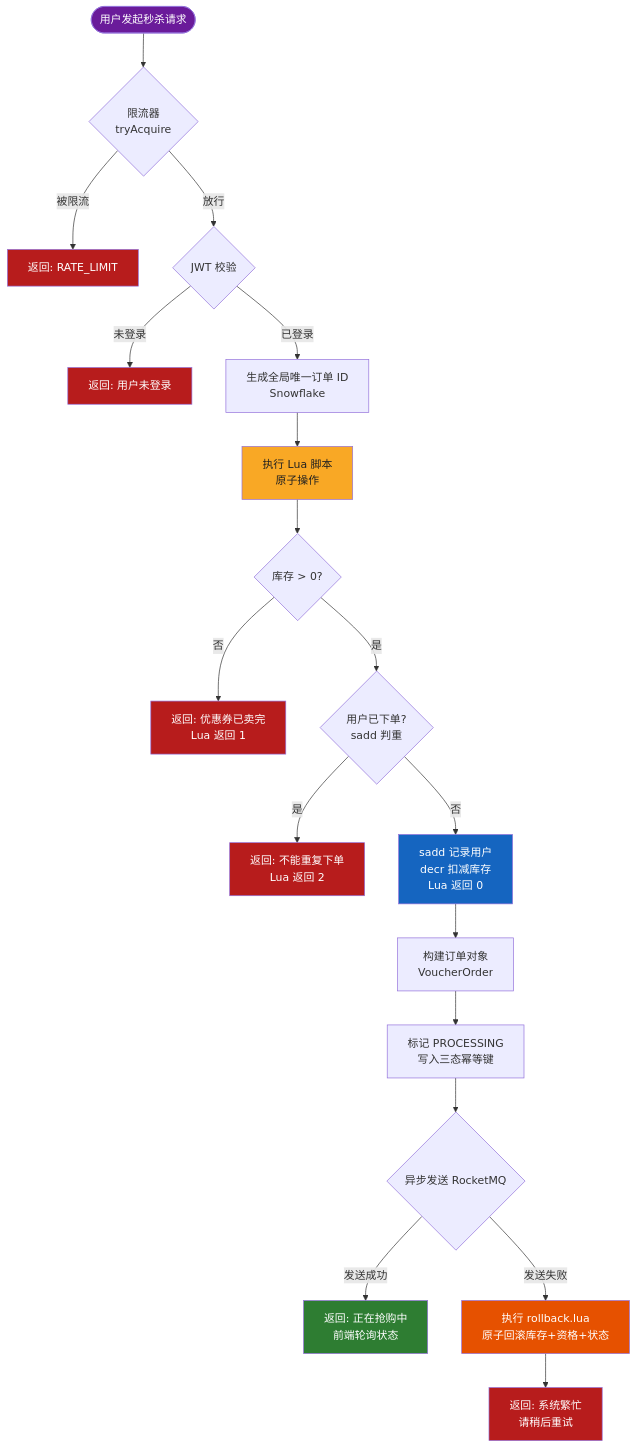
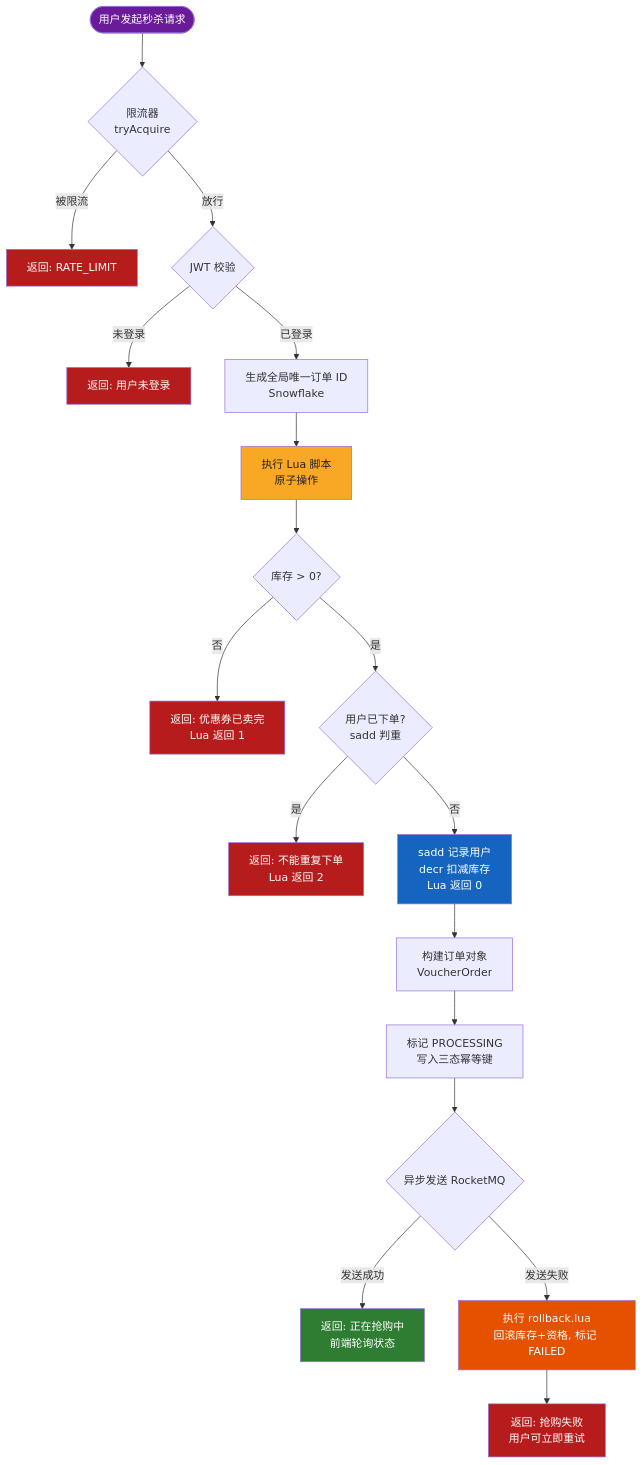
Before and after one commit to Shardkiht/FlashDeal: the second of 3 diagrams in README.md, drawn with Mermaid. The commit also changed other lines of this file and 3 other files, not shown here.

````diff
--- a/README.md
+++ b/README.md
@@ -177,33 +177,33 @@
 ```mermaid
 flowchart TD
     START([用户发起秒杀请求]) --> LIMIT{限流器<br/>tryAcquire}
     LIMIT -->|被限流| R1[返回: RATE_LIMIT]
     LIMIT -->|放行| AUTH{JWT 校验}
     AUTH -->|未登录| R2[返回: 用户未登录]
     AUTH -->|已登录| GEN[生成全局唯一订单 ID<br/>Snowflake]
 
     GEN --> LUA[执行 Lua 脚本<br/>原子操作]
     LUA --> CHECK1{库存 > 0?}
     CHECK1 -->|否| R3[返回: 优惠券已卖完<br/>Lua 返回 1]
     CHECK1 -->|是| CHECK2{用户已下单?<br/>sadd 判重}
     CHECK2 -->|是| R4[返回: 不能重复下单<br/>Lua 返回 2]
     CHECK2 -->|否| DECR[sadd 记录用户<br/>decr 扣减库存<br/>Lua 返回 0]
 
     DECR --> BUILD[构建订单对象<br/>VoucherOrder]
     BUILD --> MARK[标记 PROCESSING<br/>写入三态幂等键]
     MARK --> MQ{异步发送 RocketMQ}
     MQ -->|发送成功| OK[返回: 正在抢购中<br/>前端轮询状态]
-    MQ -->|发送失败| ROLLBACK[执行 rollback.lua<br/>原子回滚库存+资格+状态]
-    ROLLBACK --> R5[返回: 系统繁忙<br/>请稍后重试]
+    MQ -->|发送失败| ROLLBACK[执行 rollback.lua<br/>回滚库存+资格, 标记 FAILED]
+    ROLLBACK --> R5[返回: 抢购失败<br/>用户可立即重试]
 
     style START fill:#6a1b9a,color:#fff
     style OK fill:#2e7d32,color:#fff
     style R1 fill:#b71c1c,color:#fff
     style R2 fill:#b71c1c,color:#fff
     style R3 fill:#b71c1c,color:#fff
     style R4 fill:#b71c1c,color:#fff
     style R5 fill:#b71c1c,color:#fff
     style LUA fill:#f9a825,color:#212121
     style DECR fill:#1565c0,color:#fff
     style ROLLBACK fill:#e65100,color:#fff
 ```
````
